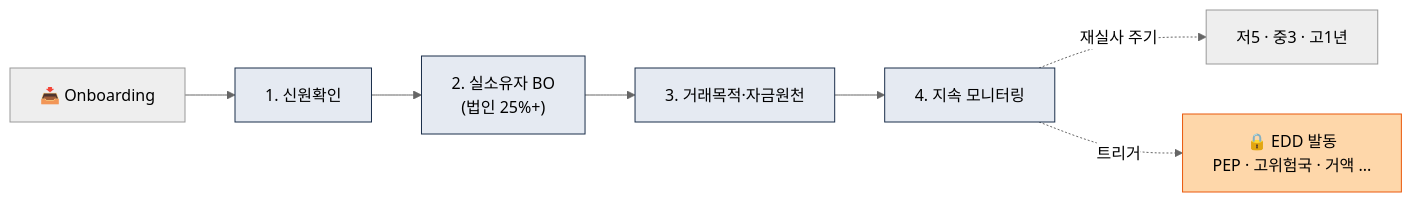
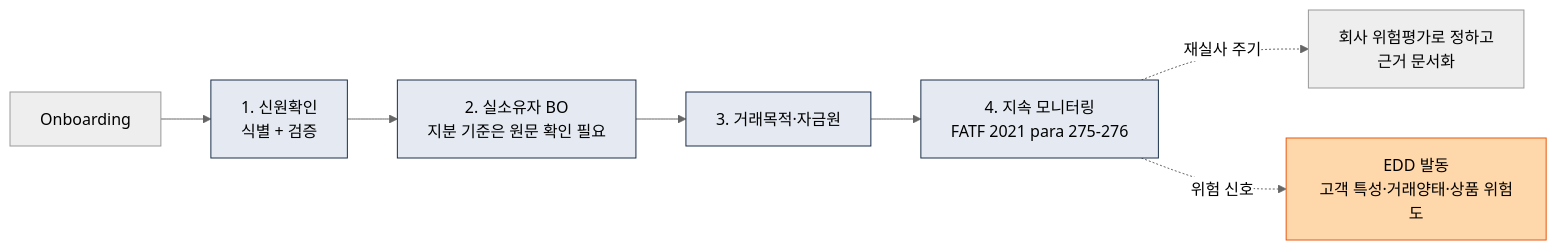
One commit to lala-david/aml-notes changed the first of 4 diagrams in notes/5-compliance/cdd-edd.md. Above: the diagram before and after it, drawn with Mermaid (neutral theme). The commit also changed other lines of this file and 233 other files, not shown here.

````diff
--- a/notes/5-compliance/cdd-edd.md
+++ b/notes/5-compliance/cdd-edd.md
@@ -16,14 +18,14 @@
 ```mermaid
 flowchart LR
-    O["📥 Onboarding"] --> S1["1. 신원확인"]
-    S1 --> S2["2. 실소유자 BO<br/>(법인 25%+)"]
-    S2 --> S3["3. 거래목적·자금원천"]
-    S3 --> S4["4. 지속 모니터링"]
-    S4 -.재실사 주기.-> R["저5 · 중3 · 고1년"]
-    S4 -.트리거.-> EDD["🔒 EDD 발동<br/>PEP · 고위험국 · 거액 ..."]
+    O["Onboarding"] --> S1["1. 신원확인<br/>식별 + 검증"]
+    S1 --> S2["2. 실소유자 BO<br/>지분 기준은 원문 확인 필요"]
+    S2 --> S3["3. 거래목적·자금원"]
+    S3 --> S4["4. 지속 모니터링<br/>FATF 2021 para 275-276"]
+    S4 -.->|재실사 주기| R["회사 위험평가로 정하고<br/>근거 문서화"]
+    S4 -.->|위험 신호| EDD["EDD 발동<br/>고객 특성·거래양태·상품 위험도"]
     style EDD fill:#fed7aa,stroke:#ea580c
     style S1 fill:#e5eaf2,stroke:#1a2e4a
     style S2 fill:#e5eaf2,stroke:#1a2e4a
     style S3 fill:#e5eaf2,stroke:#1a2e4a
     style S4 fill:#e5eaf2,stroke:#1a2e4a
 ```
````
